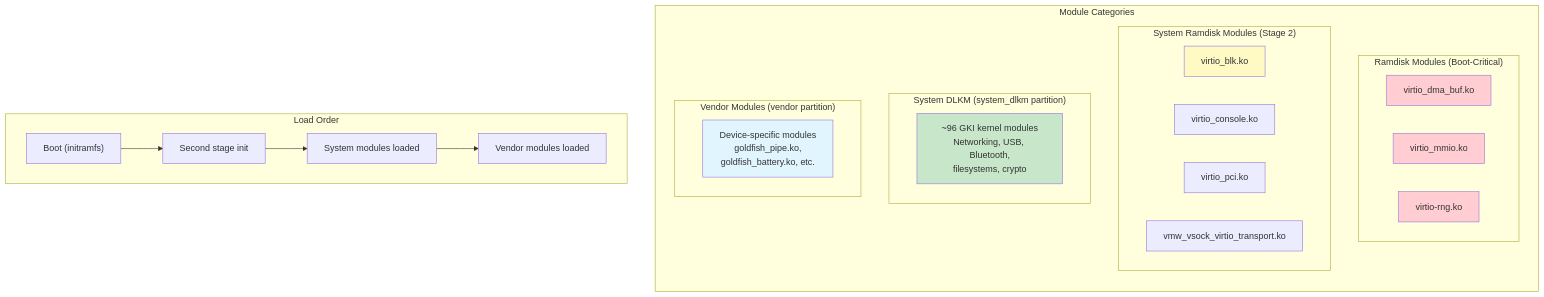
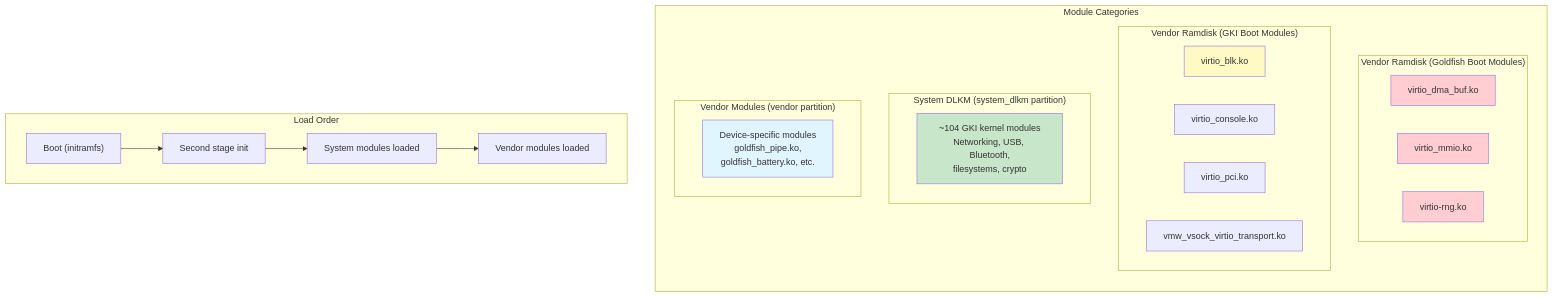
Diagram 20 of 23 in agents/claude/skills/aosp-kernel-and-boot/05-kernel.md (aospbooks/aosp-internal-book), drawn with Mermaid before and after one commit. The commit also changed other lines of this file and 218 other files, not shown here.

````diff
--- a/agents/claude/skills/aosp-kernel-and-boot/05-kernel.md
+++ b/agents/claude/skills/aosp-kernel-and-boot/05-kernel.md
@@ -2198,40 +2240,40 @@
 ```mermaid
 graph TB
     subgraph "Module Categories"
         direction TB
 
-        subgraph "Ramdisk Modules (Boot-Critical)"
+        subgraph "Vendor Ramdisk (Goldfish Boot Modules)"
             RM1["virtio_dma_buf.ko"]
             RM2["virtio_mmio.ko"]
             RM3["virtio-rng.ko"]
         end
 
-        subgraph "System Ramdisk Modules (Stage 2)"
+        subgraph "Vendor Ramdisk (GKI Boot Modules)"
             SM1["virtio_blk.ko"]
             SM2["virtio_console.ko"]
             SM3["virtio_pci.ko"]
             SM4["vmw_vsock_virtio_transport.ko"]
         end
 
         subgraph "System DLKM (system_dlkm partition)"
-            SYS["~96 GKI kernel modules<br/>Networking, USB, Bluetooth,<br/>filesystems, crypto"]
+            SYS["~104 GKI kernel modules<br/>Networking, USB, Bluetooth,<br/>filesystems, crypto"]
         end
 
         subgraph "Vendor Modules (vendor partition)"
             VEN["Device-specific modules<br/>goldfish_pipe.ko,<br/>goldfish_battery.ko, etc."]
         end
     end
 
     subgraph "Load Order"
         BOOT["Boot (initramfs)"] --> STAGE2["Second stage init"]
         STAGE2 --> SYSTEM["System modules loaded"]
         SYSTEM --> VENDOR_LOAD["Vendor modules loaded"]
     end
 
     style RM1 fill:#ffcdd2
     style RM2 fill:#ffcdd2
     style RM3 fill:#ffcdd2
     style SM1 fill:#fff9c4
     style SYS fill:#c8e6c9
     style VEN fill:#e1f5fe
 ```
````
